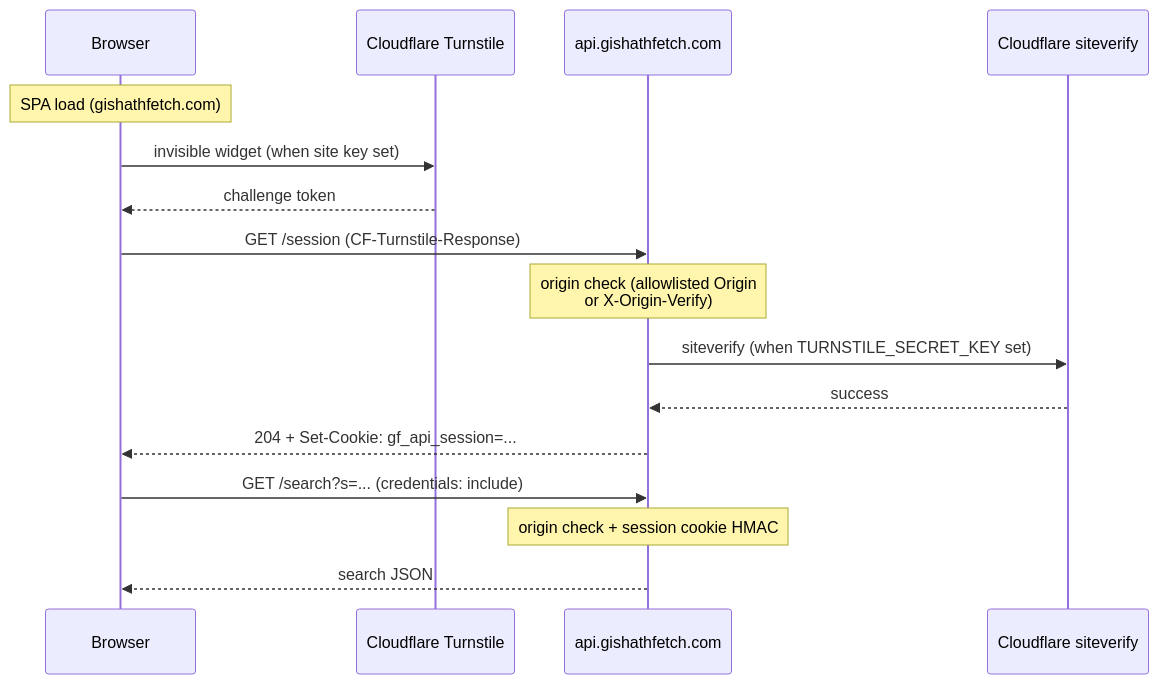
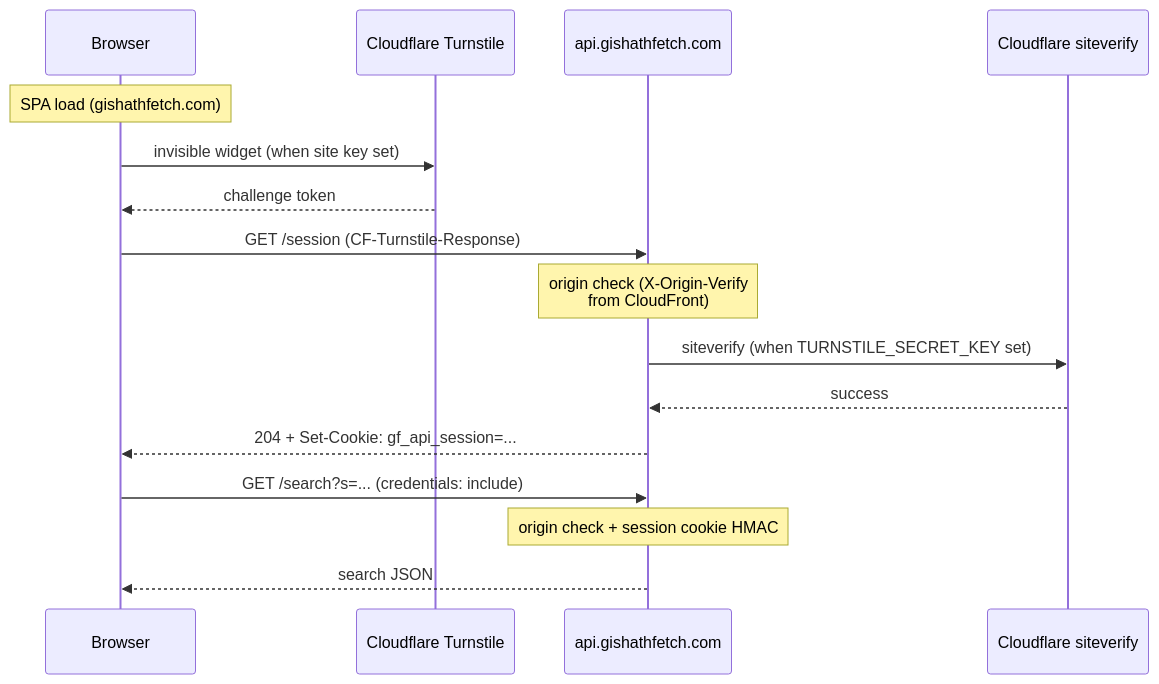
One commit to xenodus/gishathfetch changed the diagram in docs/api-abuse-mitigation.md. Above: the diagram before and after it, drawn with Mermaid. The commit also changed other lines of this file and 4 other files, not shown here.

First line of the commit message:
Require X-Origin-Verify to block execute-api bypass (#381)

````diff
--- a/docs/api-abuse-mitigation.md
+++ b/docs/api-abuse-mitigation.md
@@ -21,19 +21,19 @@
 ```mermaid
 sequenceDiagram
     participant U as Browser
     participant TS as Cloudflare Turnstile
     participant API as api.gishathfetch.com
     participant CF_API as Cloudflare siteverify
 
     Note over U: SPA load (gishathfetch.com)
     U->>TS: invisible widget (when site key set)
     TS-->>U: challenge token
     U->>API: GET /session (CF-Turnstile-Response)
-    Note over API: origin check (allowlisted Origin<br/>or X-Origin-Verify)
+    Note over API: origin check (X-Origin-Verify<br/>from CloudFront)
     API->>CF_API: siteverify (when TURNSTILE_SECRET_KEY set)
     CF_API-->>API: success
     API-->>U: 204 + Set-Cookie: gf_api_session=...
     U->>API: GET /search?s=... (credentials: include)
     Note over API: origin check + session cookie HMAC
     API-->>U: search JSON
 ```
````
